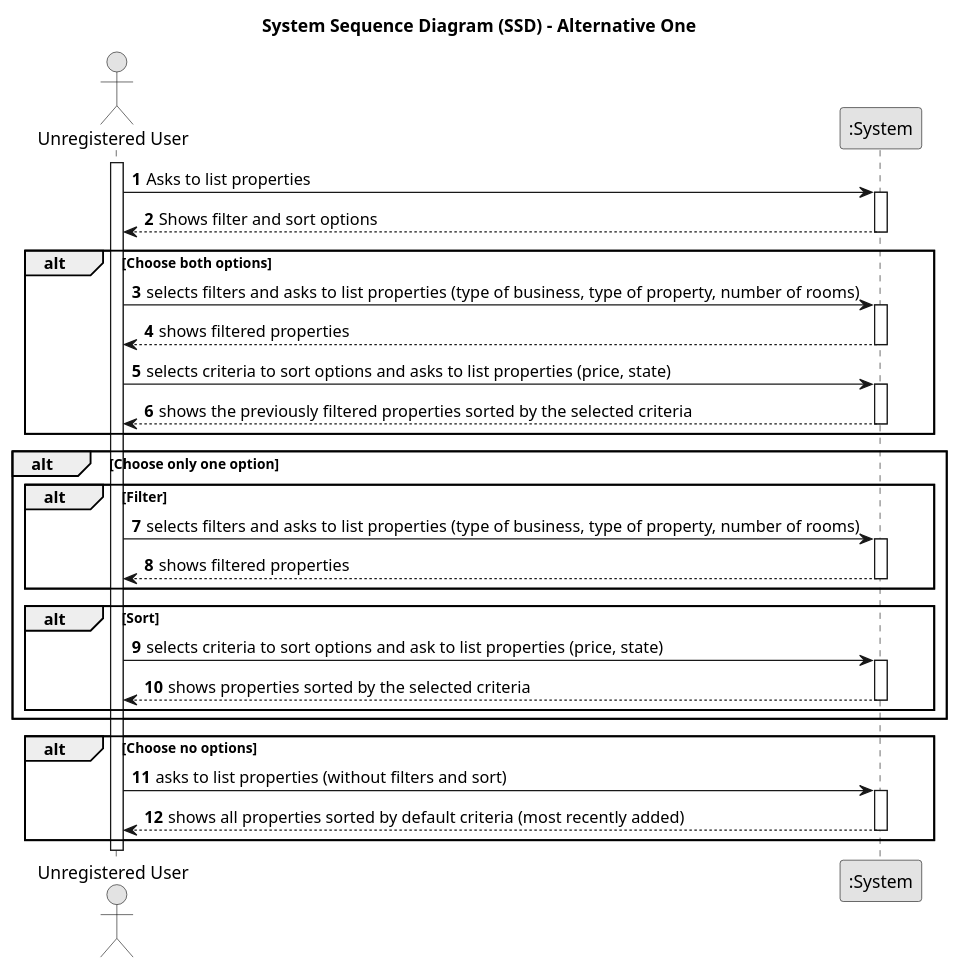
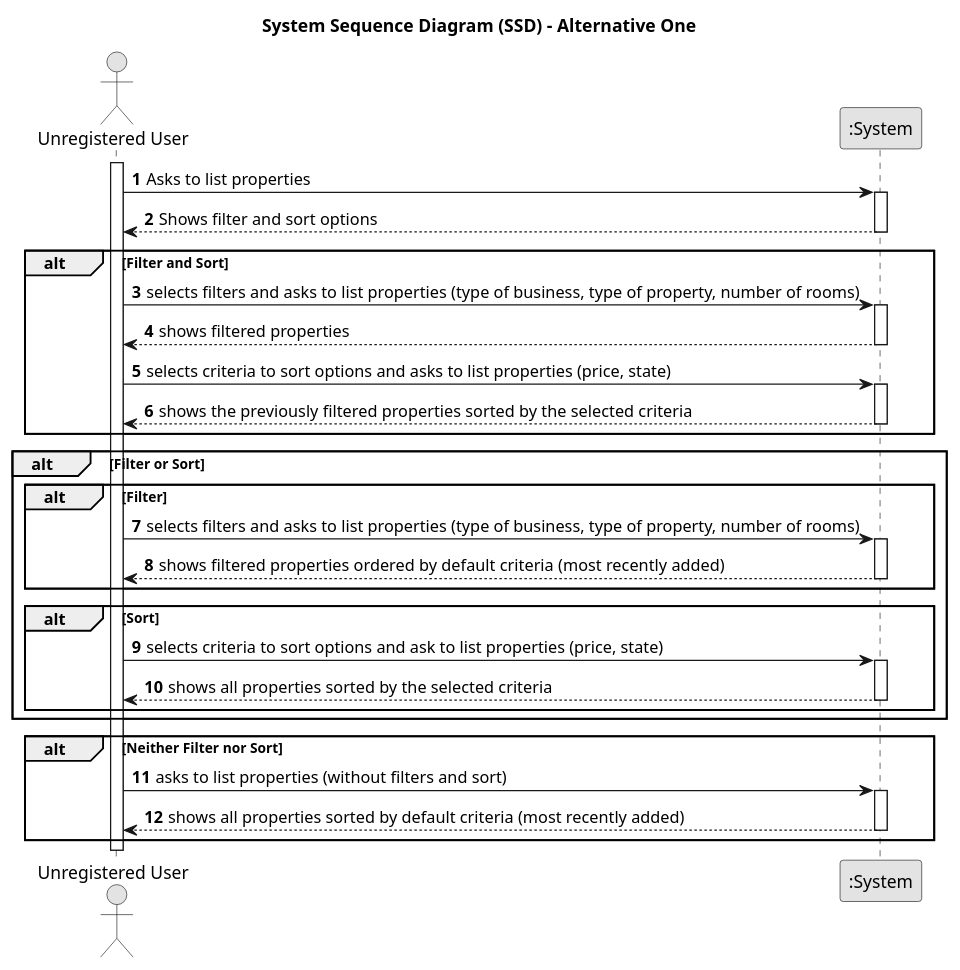
One commit to Goncalves2525/real-estate-management-system changed the diagram in docs/sprintB/us001/01.requirements-engineering/puml/us001-system-sequence-diagram.puml. Above: the diagram before and after it, drawn with PlantUML. The commit also changed 4 other files, not shown here.

Commit message:
Created US1 Class Diagram

```diff
--- a/docs/sprintB/us001/01.requirements-engineering/puml/us001-system-sequence-diagram.puml
+++ b/docs/sprintB/us001/01.requirements-engineering/puml/us001-system-sequence-diagram.puml
@@ -1,62 +1,62 @@
 @startuml
 skinparam monochrome true
 skinparam packageStyle rectangle
 skinparam shadowing false
 
 title System Sequence Diagram (SSD) - Alternative One
 
 autonumber
 
 actor "Unregistered User" as User
 participant ":System" as System
 
 activate User
 
     User -> System : Asks to list properties
     activate System
 
     System --> User : Shows filter and sort options
     deactivate System
 
-    alt Choose both options
+    alt Filter and Sort
         User -> System : selects filters and asks to list properties (type of business, type of property, number of rooms)
         activate System
 
         System --> User : shows filtered properties
         deactivate System
 
         User -> System : selects criteria to sort options and asks to list properties (price, state)
         activate System
 
         System --> User : shows the previously filtered properties sorted by the selected criteria
         deactivate System
     end
-    alt Choose only one option
+    alt Filter or Sort
 
         alt Filter
             User -> System : selects filters and asks to list properties (type of business, type of property, number of rooms)
             activate System
 
-            System --> User : shows filtered properties
+            System --> User : shows filtered properties ordered by default criteria (most recently added)
             deactivate System
         end
 
         alt Sort
             User -> System : selects criteria to sort options and ask to list properties (price, state)
             activate System
 
-            System --> User : shows properties sorted by the selected criteria
+            System --> User : shows all properties sorted by the selected criteria
             deactivate System
         end
 
     end
 
-    alt Choose no options
+    alt Neither Filter nor Sort
         User -> System : asks to list properties (without filters and sort)
         activate System
 
         System --> User : shows all properties sorted by default criteria (most recently added)
         deactivate System
     end
 
 @enduml
```
